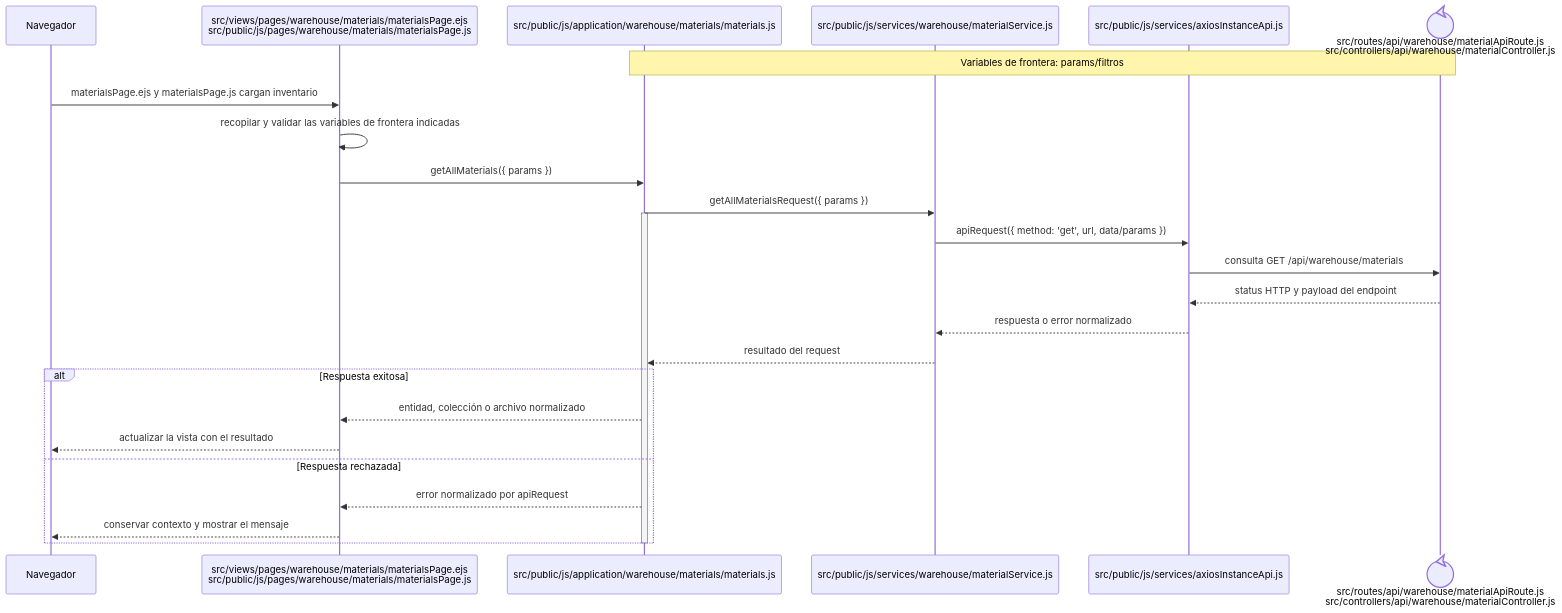
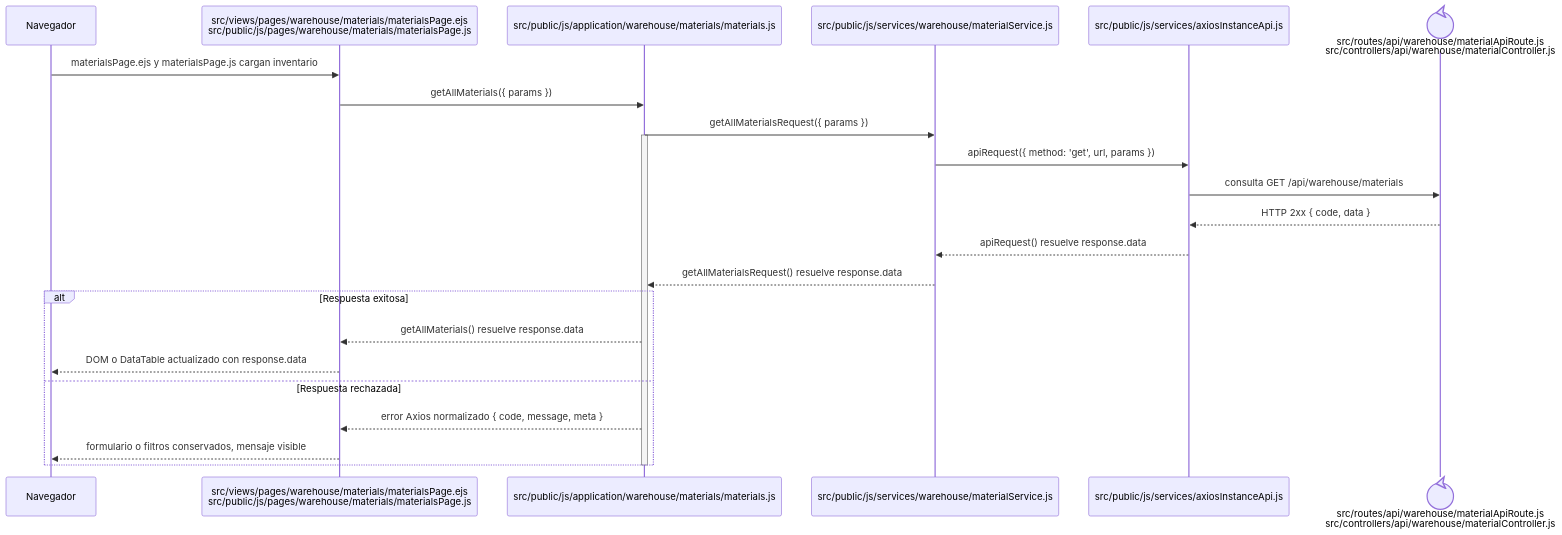
Before and after one commit to gpgsistemas01/nexus: the diagram in docs/architecture/frontend-code-sequences/catalogs/cu-alm-01.md, drawn with Mermaid. The commit also changed 148 other files, not shown here.

````diff
--- a/docs/architecture/frontend-code-sequences/catalogs/cu-alm-01.md
+++ b/docs/architecture/frontend-code-sequences/catalogs/cu-alm-01.md
@@ -6,29 +6,27 @@
 ```mermaid
 sequenceDiagram
     participant Browser as Navegador
     participant View as src/views/pages/warehouse/materials/materialsPage.ejs<br/>src/public/js/pages/warehouse/materials/materialsPage.js
     participant Application as src/public/js/application/warehouse/materials/materials.js
     participant Request as src/public/js/services/warehouse/materialService.js
     participant HTTP as src/public/js/services/axiosInstanceApi.js
     participant Transport@{ "type": "control" } as src/routes/api/warehouse/materialApiRoute.js<br/>src/controllers/api/warehouse/materialController.js
-    Note over Application,Transport: Variables de frontera: params/filtros
 
     Browser->>View: materialsPage.ejs y materialsPage.js cargan inventario
-    View->>View: recopilar y validar las variables de frontera indicadas
     View->>Application: getAllMaterials({ params })
     Application->>Request: getAllMaterialsRequest({ params })
     activate Application
-    Request->>HTTP: apiRequest({ method: 'get', url, data/params })
+    Request->>HTTP: apiRequest({ method: 'get', url, params })
     HTTP->>Transport: consulta GET /api/warehouse/materials
-    Transport-->>HTTP: status HTTP y payload del endpoint
-    HTTP-->>Request: respuesta o error normalizado
-    Request-->>Application: resultado del request
+    Transport-->>HTTP: HTTP 2xx { code, data }
+    HTTP-->>Request: apiRequest() resuelve response.data
+    Request-->>Application: getAllMaterialsRequest() resuelve response.data
     alt Respuesta exitosa
-        Application-->>View: entidad, colección o archivo normalizado
-        View-->>Browser: actualizar la vista con el resultado
+        Application-->>View: getAllMaterials() resuelve response.data
+        View-->>Browser: DOM o DataTable actualizado con response.data
     else Respuesta rechazada
-        Application-->>View: error normalizado por apiRequest
-        View-->>Browser: conservar contexto y mostrar el mensaje
+        Application-->>View: error Axios normalizado { code, message, meta }
+        View-->>Browser: formulario o filtros conservados, mensaje visible
     end
     deactivate Application
 ```
````
